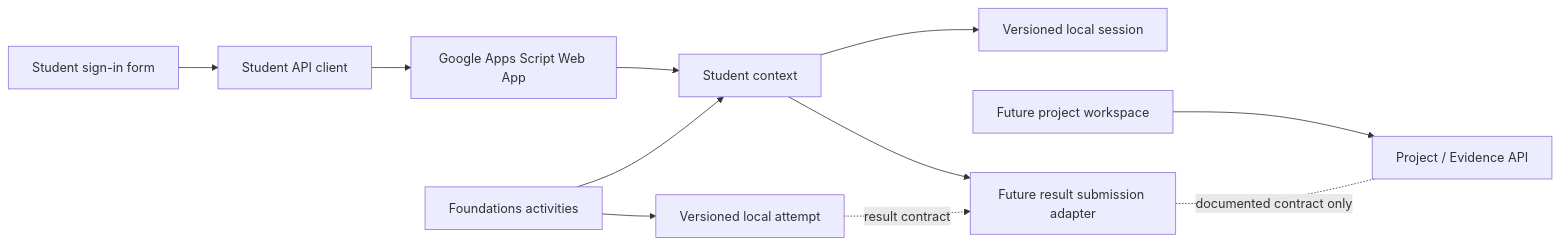
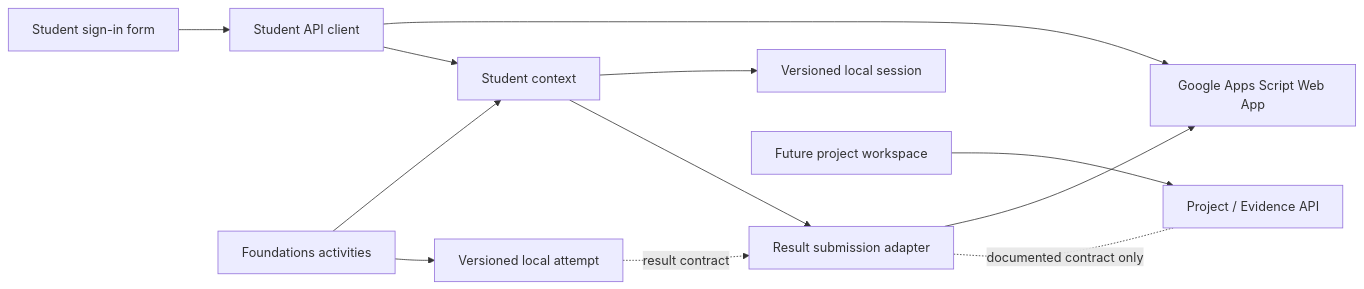
The diagram in docs/ARCHITECTURE.md (Acerosa/tlevel-software-development-hub), drawn with Mermaid before and after one commit. The commit also changed other lines of this file and 14 other files, not shown here.

````diff
--- a/docs/ARCHITECTURE.md
+++ b/docs/ARCHITECTURE.md
@@ -182,13 +182,14 @@
 ```mermaid
 flowchart LR
     SignIn["Student sign-in form"] --> Client["Student API client"]
     Client --> AppsScript["Google Apps Script Web App"]
-    AppsScript --> Context["Student context"]
+    Client --> Context["Student context"]
     Context --> Session["Versioned local session"]
     Activities["Foundations activities"] --> Context
     Activities --> Local["Versioned local attempt"]
-    Context --> Learning["Future result submission adapter"]
+    Context --> Learning["Result submission adapter"]
     Local -. "result contract" .-> Learning
+    Learning --> AppsScript
     Projects["Future project workspace"] --> Evidence["Project / Evidence API"]
     Learning -. "documented contract only" .- Evidence
 ```
````
